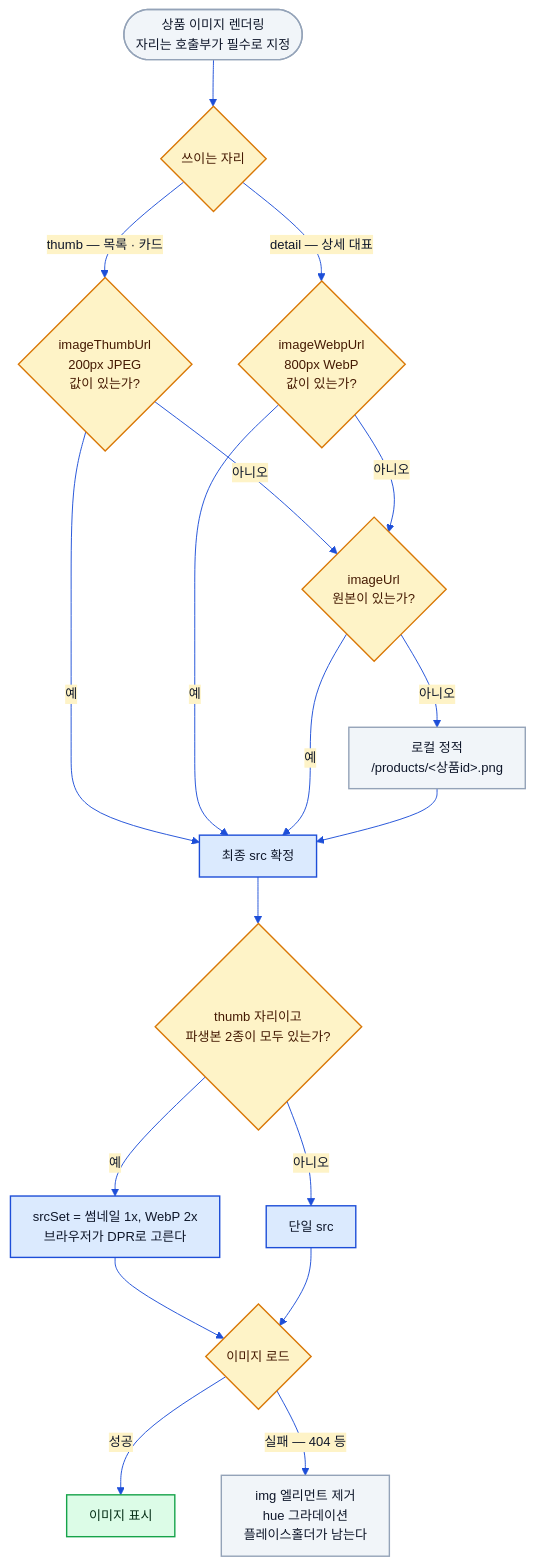
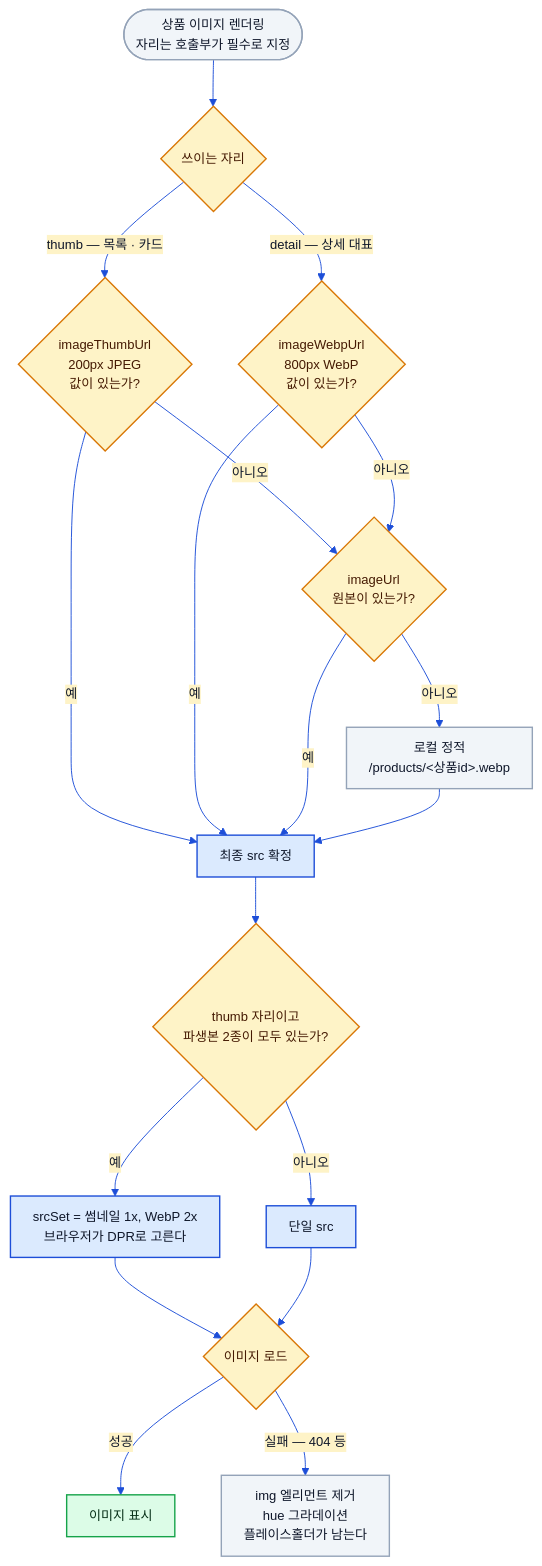
One commit to s-work-agency/ssw-e-commerce-demo-public changed the third of 4 diagrams in docs/architecture/09-infra-integration.md. Above: the diagram before and after it, drawn with Mermaid. The commit also changed other lines of this file and 4 other files, not shown here.

````diff
--- a/docs/architecture/09-infra-integration.md
+++ b/docs/architecture/09-infra-integration.md
@@ -267,34 +267,34 @@
 ```mermaid
 %%{init: {"theme":"base","fontFamily":"Pretendard, Malgun Gothic, sans-serif","themeVariables":{"fontSize":"14px","primaryColor":"#DBEAFE","primaryBorderColor":"#1D4ED8","primaryTextColor":"#0F172A","lineColor":"#1D4ED8","secondaryColor":"#FEF3C7","tertiaryColor":"#DCFCE7","clusterBkg":"#F8FAFC","clusterBorder":"#CBD5E1","noteBkgColor":"#FEF3C7","noteBorderColor":"#D97706","actorBkg":"#DBEAFE","actorBorder":"#1D4ED8","actorTextColor":"#0F172A","signalColor":"#1D4ED8","signalTextColor":"#0F172A","labelBoxBkgColor":"#DBEAFE","labelBoxBorderColor":"#1D4ED8","altSectionBkgColor":"#F8FAFC"},"flowchart":{"curve":"basis","htmlLabels":true,"padding":12}}}%%
 %% 공통 브랜드 테마 — architecture/*.md 전 다이어그램에 동일한 init 블록이 들어간다. 색을 바꿀 때는 이 폴더 전 파일을 일괄 치환할 것.
 flowchart TD
     start(["상품 이미지 렌더링<br/>자리는 호출부가 필수로 지정"]) --> pick{"쓰이는 자리"}
     pick -->|"thumb — 목록 · 카드"| t{"imageThumbUrl<br/>200px JPEG<br/>값이 있는가?"}
     pick -->|"detail — 상세 대표"| w{"imageWebpUrl<br/>800px WebP<br/>값이 있는가?"}
 
     t -->|"예"| use
     w -->|"예"| use
     t -->|"아니오"| orig
     w -->|"아니오"| orig
     orig{"imageUrl<br/>원본이 있는가?"} -->|"예"| use
-    orig -->|"아니오"| local["로컬 정적<br/>/products/&lt;상품id&gt;.png"]
+    orig -->|"아니오"| local["로컬 정적<br/>/products/&lt;상품id&gt;.webp"]
     local --> use
 
     use["최종 src 확정"] --> ssq{"thumb 자리이고<br/>파생본 2종이 모두 있는가?"}
     ssq -->|"예"| ss["srcSet = 썸네일 1x, WebP 2x<br/>브라우저가 DPR로 고른다"]
     ssq -->|"아니오"| single["단일 src"]
 
     ss --> load{"이미지 로드"}
     single --> load
     load -->|"성공"| ok["이미지 표시"]
     load -->|"실패 — 404 등"| ph["img 엘리먼트 제거<br/>hue 그라데이션<br/>플레이스홀더가 남는다"]
 
     classDef step fill:#DBEAFE,stroke:#1D4ED8,stroke-width:1.5px,color:#0F172A
     classDef gate fill:#FEF3C7,stroke:#D97706,stroke-width:1.5px,color:#451A03
     classDef okc fill:#DCFCE7,stroke:#16A34A,stroke-width:1.5px,color:#052E16
     classDef ext fill:#F1F5F9,stroke:#94A3B8,stroke-width:1.5px,color:#0F172A
     class use,ss,single step
     class pick,t,w,orig,ssq,load gate
     class ok okc
     class start,local,ph ext
 ```
````
